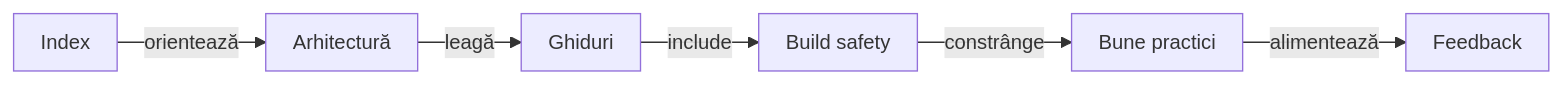
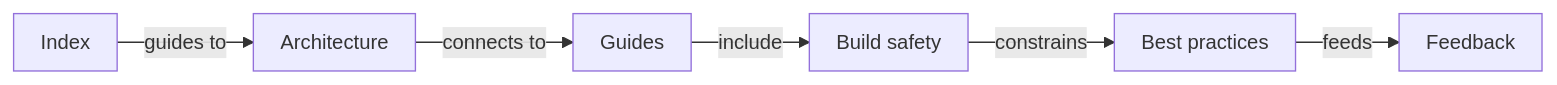
One commit to crististefanita/atf_j1 changed the diagram in docs/README.md. Above: the diagram before and after it, drawn with Mermaid. The commit also changed other lines of this file and 83 other files, not shown here.

````diff
--- a/docs/README.md
+++ b/docs/README.md
@@ -53,9 +53,9 @@
 ```mermaid
 %%{init: {"themeVariables":{"fontSize":"15px"},"themeCSS":".nodeLabel, .nodeLabel p { font-size: 15px !important; line-height: 1.35 !important; } .edgeLabel, .edgeLabel p { font-size: 12px !important; font-weight: 400 !important; line-height: 1.2 !important; } .edgeLabel .labelBkg, .edgeLabel p { background: transparent !important; } .edgeLabel foreignObject { transform: translateY(-18px); overflow: visible; } .node rect { rx: 6px; ry: 6px; }","flowchart":{"curve":"linear","nodeSpacing":24,"rankSpacing":40,"padding":10,"diagramPadding":16}}}%%
 flowchart LR
-    Docs["Index"] -->|orientează| Architecture["Arhitectură"]
-    Architecture -->|leagă| Guides["Ghiduri"]
+    Docs["Index"] -->|guides to| Architecture["Architecture"]
+    Architecture -->|connects to| Guides["Guides"]
     Guides -->|include| Safety["Build safety"]
-    Safety -->|constrânge| Practices["Bune practici"]
-    Practices -->|alimentează| Feedback["Feedback"]
+    Safety -->|constrains| Practices["Best practices"]
+    Practices -->|feeds| Feedback["Feedback"]
 ```
````
